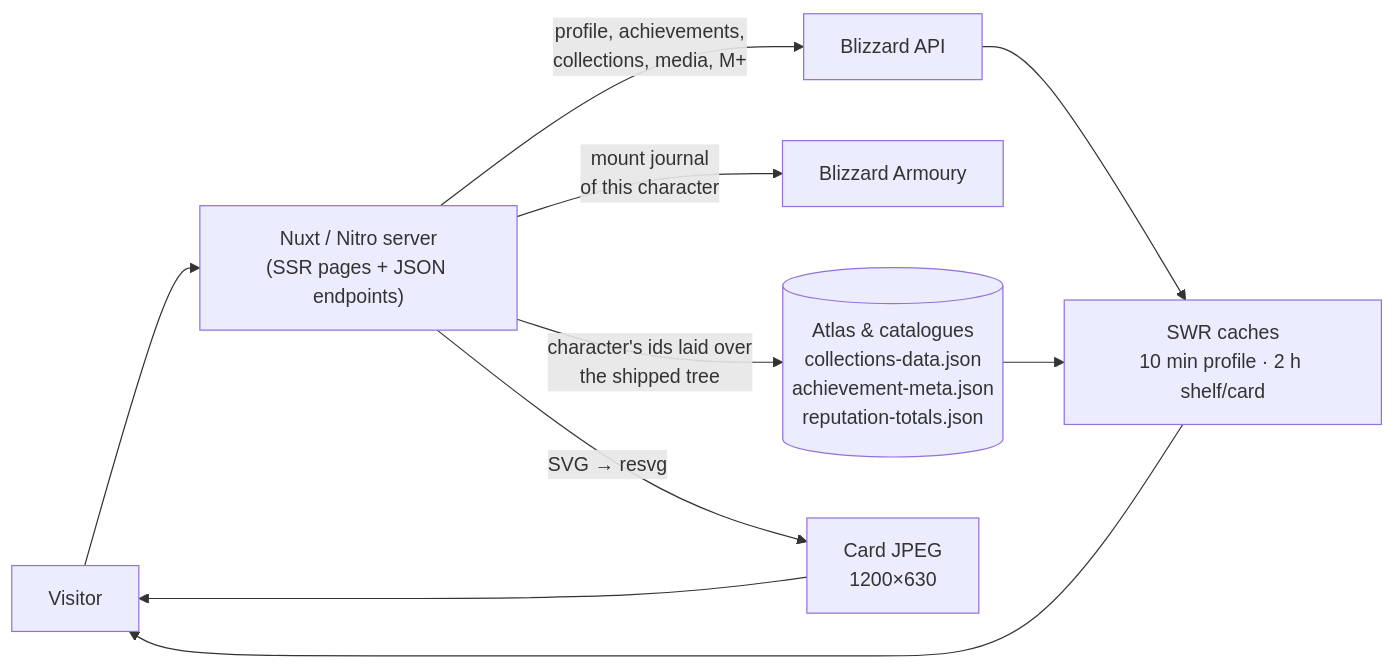
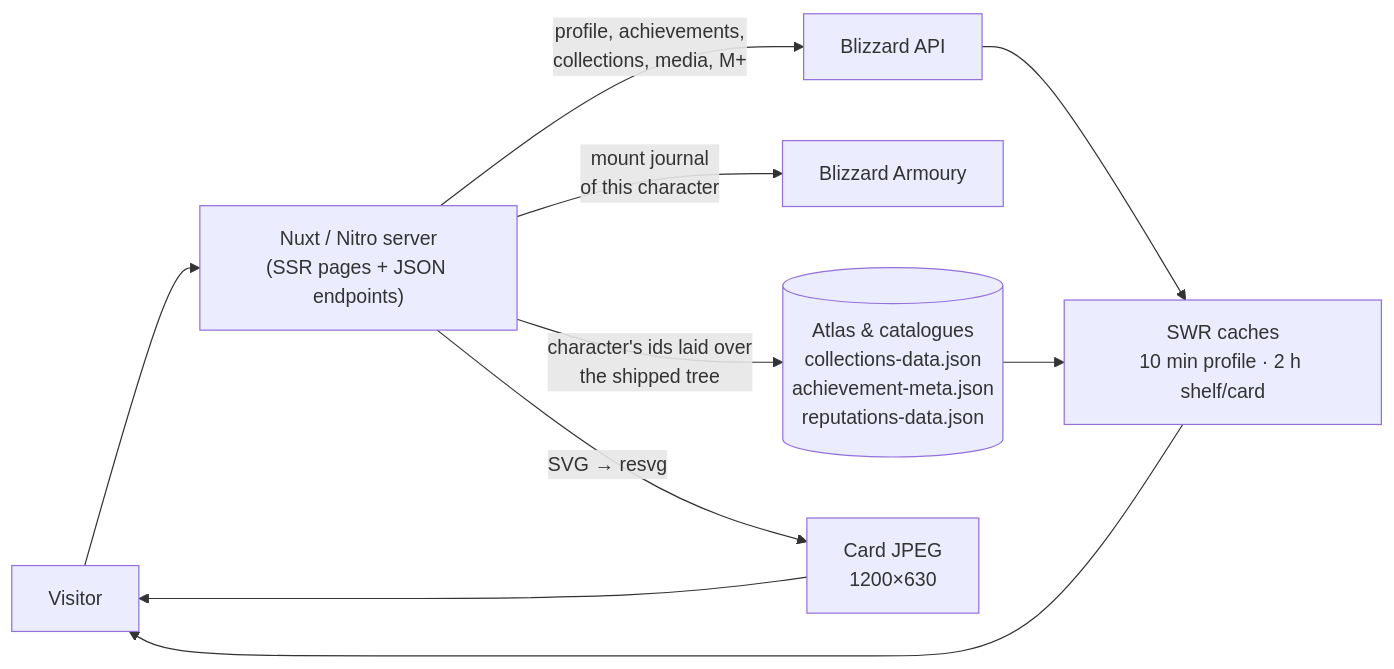
The diagram in README.md (neuromask/hero-of-azeroth), drawn with Mermaid before and after one commit. The commit also changed other lines of this file and 21 other files, not shown here.

````diff
--- a/README.md
+++ b/README.md
@@ -130,14 +130,14 @@
 ```mermaid
 flowchart LR
   V["Visitor"] --> N["Nuxt / Nitro server<br/>(SSR pages + JSON endpoints)"]
 
   N -->|"profile, achievements,<br/>collections, media, M+"| BL["Blizzard API"]
   N -->|"mount journal<br/>of this character"| AR["Blizzard Armoury"]
-  N -->|"character's ids laid over<br/>the shipped tree"| AT[("Atlas & catalogues<br/>collections-data.json<br/>achievement-meta.json<br/>reputation-totals.json")]
+  N -->|"character's ids laid over<br/>the shipped tree"| AT[("Atlas & catalogues<br/>collections-data.json<br/>achievement-meta.json<br/>reputations-data.json")]
   N -->|"SVG → resvg"| CD["Card JPEG<br/>1200×630"]
 
   BL --> SW["SWR caches<br/>10 min profile · 2 h shelf/card"]
   AT --> SW
   SW --> V
   CD --> V
 ```
````
